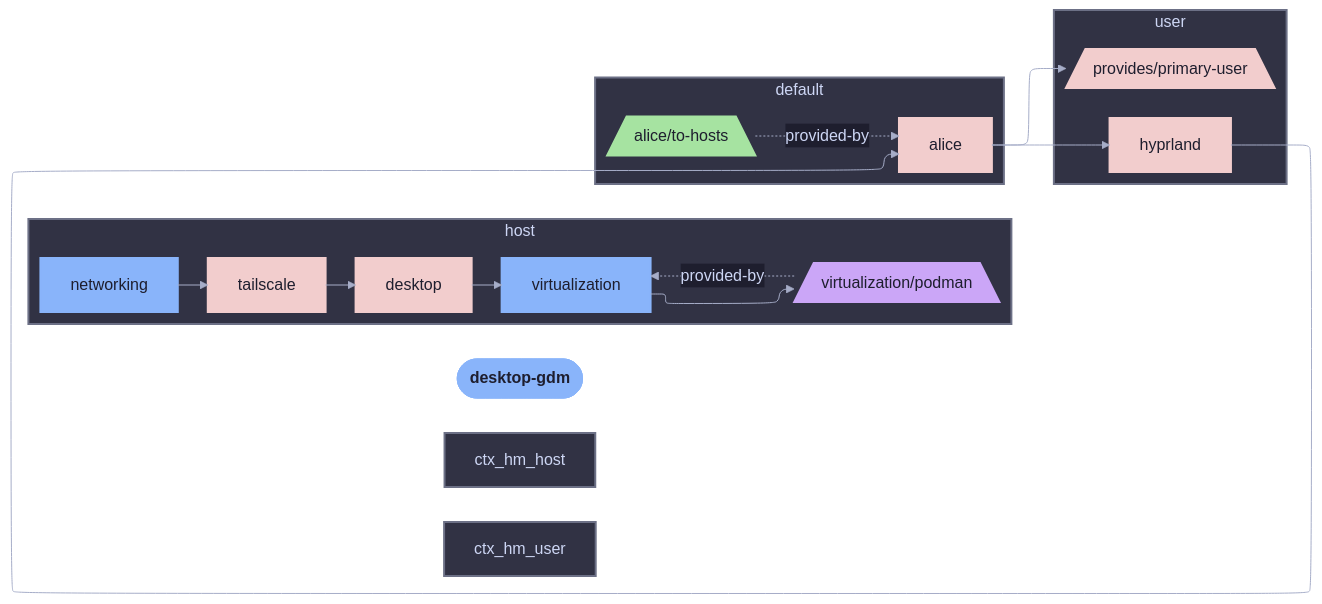
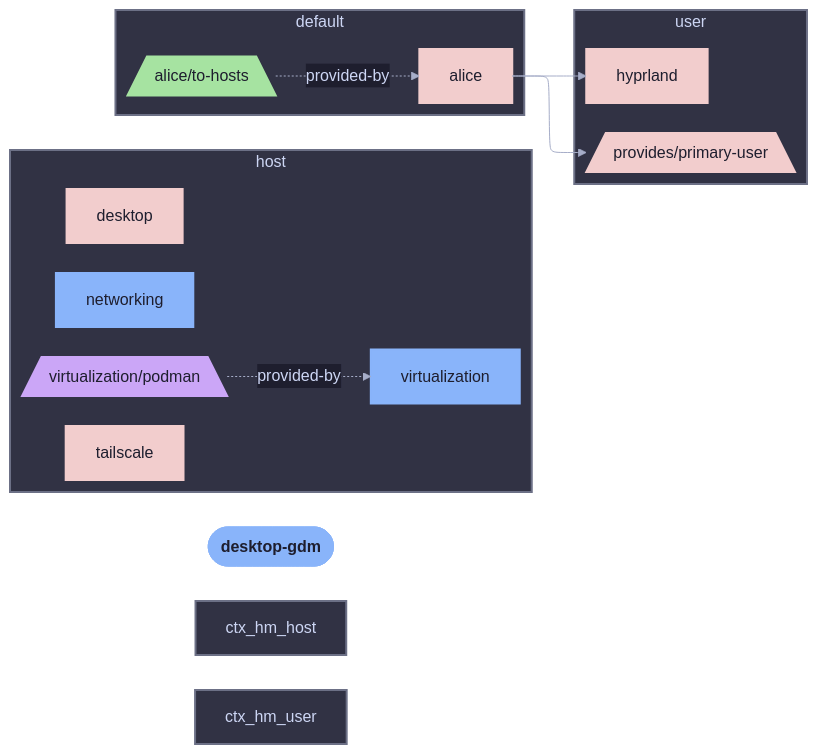
Before and after one commit to sini/den: the diagram in templates/diag-fx-demo/diagrams/desktop-gdm-declared.md, drawn with Mermaid. The commit also changed 849 other files, not shown here.

Commit message:
chore: update fx diagrams

````diff
--- a/templates/diag-fx-demo/diagrams/desktop-gdm-declared.md
+++ b/templates/diag-fx-demo/diagrams/desktop-gdm-declared.md
@@ -5,48 +5,43 @@
 ```mermaid
 %%{init: {"elk":{"mergeEdges":true,"nodePlacementStrategy":"BRANDES_KOEPF"},"layout":"elk","theme":"base","themeVariables":{"activationBkgColor":"#313244","activationBorderColor":"#6c7086","actorBkg":"#313244","actorBorder":"#a6adc8","actorLineColor":"#a6adc8","actorTextColor":"#cdd6f4","background":"#1e1e2e","classText":"#cdd6f4","clusterBkg":"#313244","clusterBorder":"#6c7086","edgeLabelBackground":"#1e1e2e","labelBoxBkgColor":"#313244","labelBoxBorderColor":"#a6adc8","labelTextColor":"#cdd6f4","lineColor":"#a6adc8","loopTextColor":"#cdd6f4","mainBkg":"#313244","nodeBkg":"#313244","nodeBorder":"#a6adc8","nodeTextColor":"#cdd6f4","noteBkgColor":"#313244","noteBorderColor":"#6c7086","noteTextColor":"#cdd6f4","pie1":"#f38ba8","pie2":"#fab387","pie3":"#f9e2af","pie4":"#a6e3a1","pie5":"#94e2d5","pie6":"#89b4fa","pie7":"#cba6f7","pie8":"#f2cdcd","pieLegendTextColor":"#cdd6f4","pieOuterStrokeColor":"#6c7086","pieSectionTextColor":"#cdd6f4","pieStrokeColor":"#6c7086","pieTitleTextColor":"#cdd6f4","primaryBorderColor":"#a6adc8","primaryColor":"#313244","primaryTextColor":"#cdd6f4","secondBkg":"#313244","secondaryBorderColor":"#6c7086","secondaryColor":"#313244","secondaryTextColor":"#cdd6f4","sequenceNumberColor":"#1e1e2e","signalColor":"#a6adc8","signalTextColor":"#cdd6f4","tertiaryBorderColor":"#6c7086","tertiaryColor":"#313244","tertiaryTextColor":"#cdd6f4","textColor":"#cdd6f4","titleColor":"#cdd6f4"}}}%%
 graph LR
   desktop_gdm([desktop-gdm]):::root
 
   subgraph ctx_host["host"]
   desktop["desktop"]:::desktop_c
   networking["networking"]:::networking_c
   virtualization__podman[/"virtualization/podman"\]:::virtualization__podman_c
   tailscale["tailscale"]:::tailscale_c
   virtualization["virtualization"]:::virtualization_c
-  desktop --> virtualization
-  networking --> tailscale
-  tailscale --> desktop
-  virtualization --> virtualization__podman
   virtualization__podman -.->|provided-by| virtualization
   end
   subgraph ctx_default["default"]
   alice__to_hosts[/"alice/to-hosts"\]:::alice__to_hosts_c
   alice__to_hosts -.->|provided-by| alice
   end
   subgraph ctx_user["user"]
   alice["alice"]:::alice_c
   hyprland["hyprland"]:::hyprland_c
   den__provides__primary_user[/"provides/primary-user"\]:::den__provides__primary_user_c
   alice --> hyprland
   alice --> den__provides__primary_user
-  hyprland --> alice
   end
 
 
   classDef root fill:#89b4fa,stroke:#89b4fa,color:#1e1e2e,font-weight:bold
   classDef alice_c fill:#f2cdcd,stroke:#f2cdcd,color:#1e1e2e,stroke-width:2px
   classDef desktop_c fill:#f2cdcd,stroke:#f2cdcd,color:#1e1e2e,stroke-width:2px
-  classDef desktop_gdm_c fill:#f2cdcd,stroke:#f2cdcd,color:#1e1e2e,stroke-width:3px
+  classDef desktop_gdm_c fill:#f2cdcd,stroke:#f2cdcd,color:#1e1e2e,stroke-width:2px
   classDef hyprland_c fill:#f2cdcd,stroke:#f2cdcd,color:#1e1e2e,stroke-width:2px
   classDef networking_c fill:#89b4fa,stroke:#89b4fa,color:#1e1e2e,stroke-width:2px
   classDef virtualization__podman_c fill:#cba6f7,stroke:#cba6f7,color:#1e1e2e,stroke-width:2px
   classDef den__provides__primary_user_c fill:#f2cdcd,stroke:#f2cdcd,color:#1e1e2e,stroke-width:2px
   classDef tailscale_c fill:#f2cdcd,stroke:#f2cdcd,color:#1e1e2e,stroke-width:2px
   classDef alice__to_hosts_c fill:#a6e3a1,stroke:#a6e3a1,color:#1e1e2e,stroke-width:2px
   classDef virtualization_c fill:#89b4fa,stroke:#89b4fa,color:#1e1e2e,stroke-width:2px
 style ctx_host fill:#313244,stroke:#6c7086,stroke-width:2px
 style ctx_default fill:#313244,stroke:#6c7086,stroke-width:2px
 style ctx_hm_host fill:#313244,stroke:#6c7086,stroke-width:2px
 style ctx_hm_user fill:#313244,stroke:#6c7086,stroke-width:2px
 style ctx_user fill:#313244,stroke:#6c7086,stroke-width:2px
 ```
````
